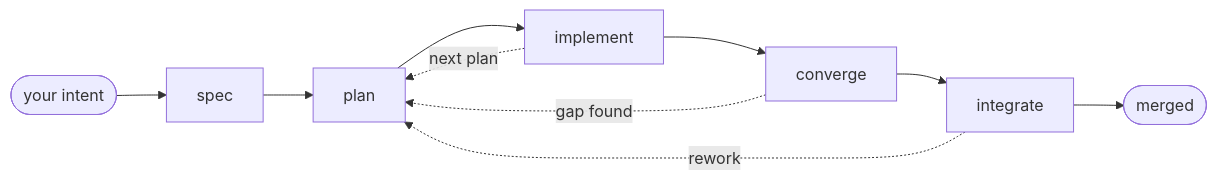
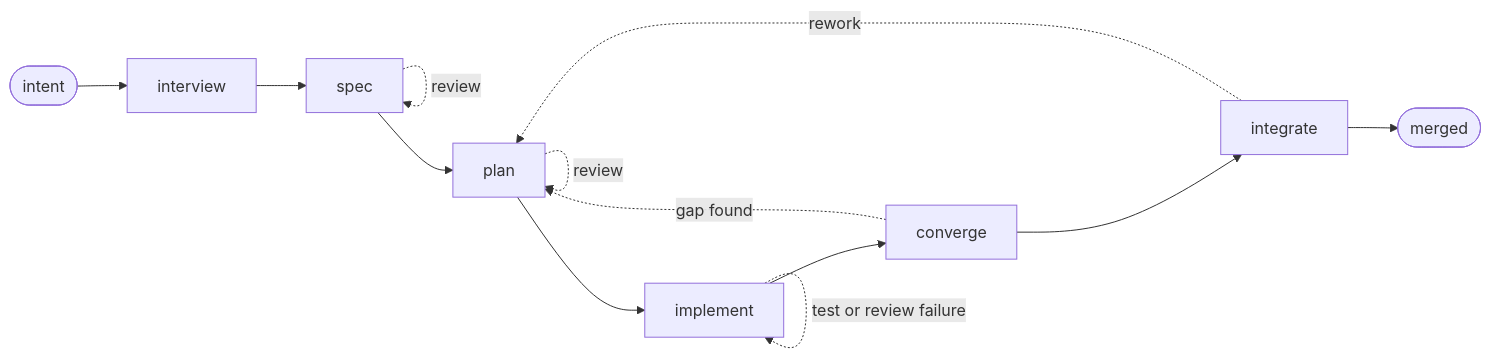
Before and after one commit to jpoimboe/imp: the diagram in README.md, drawn with Mermaid. The commit also changed other lines of this file, not shown here.

````diff
--- a/README.md
+++ b/README.md
@@ -99,12 +63,15 @@
 ```mermaid
 flowchart LR
-  intent([your intent]) --> SPEC["spec"]
-  SPEC --> PLAN["plan"]
-  PLAN --> IMPL["implement"]
-  IMPL --> CONV["converge"]
-  CONV --> INTG["integrate"]
-  INTG --> merged([merged])
-  IMPL -. "next plan" .-> PLAN
-  CONV -. "gap found" .-> PLAN
-  INTG -. "rework" .-> PLAN
+  intent([intent]) --> interview[interview]
+  interview --> spec[spec]
+  spec --> plan[plan]
+  plan --> implement[implement]
+  implement --> converge[converge]
+  converge --> integrate[integrate]
+  integrate --> merged([merged])
+  spec -. review .-> spec
+  plan -. review .-> plan
+  implement -. test or review failure .-> implement
+  converge -. gap found .-> plan
+  integrate -. rework .-> plan
 ```
````
